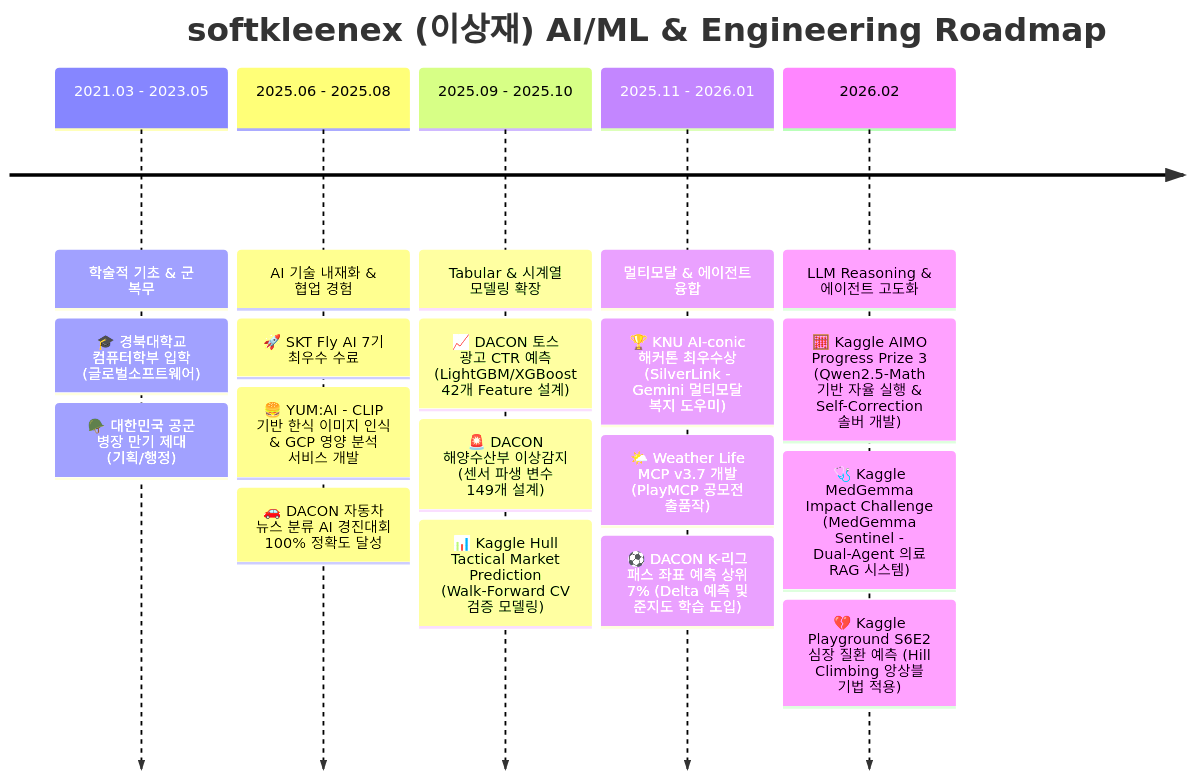
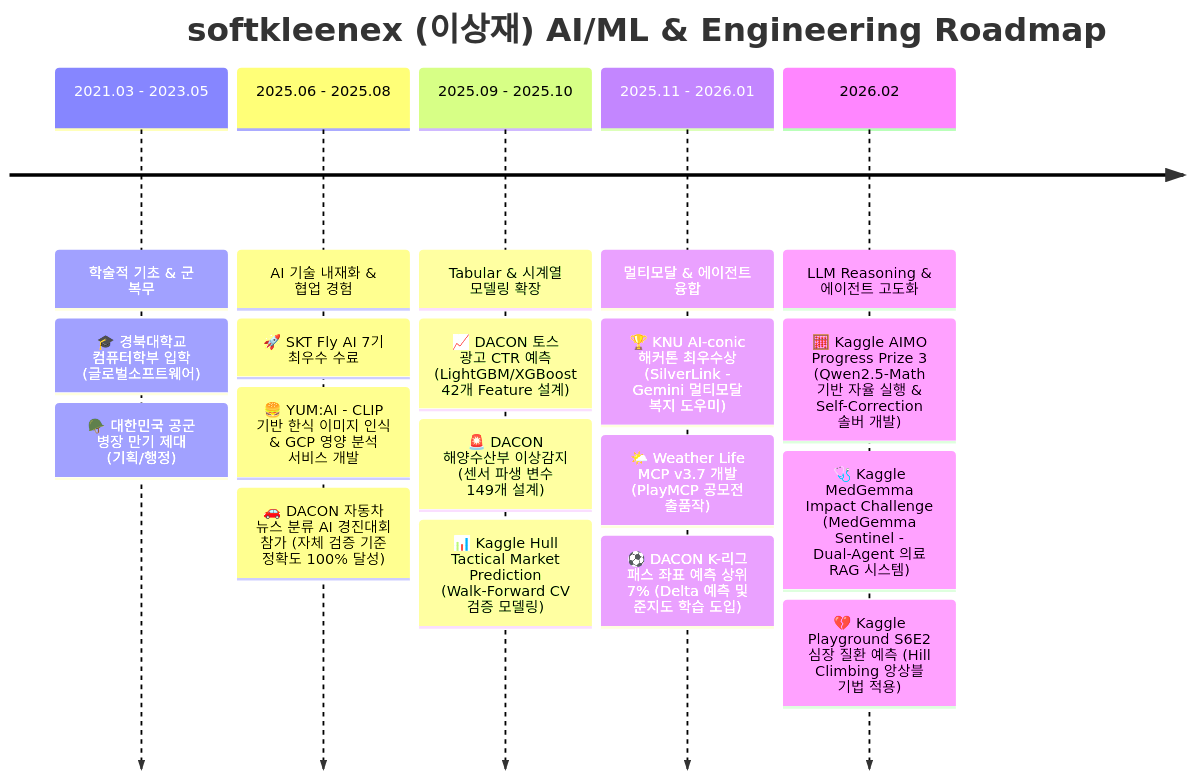
One commit to softkleenex/softkleenex changed the diagram in README.md. Above: the diagram before and after it, drawn with Mermaid. The commit also changed other lines of this file, not shown here.

Commit message:
docs: correct DACON auto news classification description to reflect local validation accuracy

````diff
--- a/README.md
+++ b/README.md
@@ -27,23 +27,23 @@
 ```mermaid
 timeline
     title softkleenex (이상재) AI/ML & Engineering Roadmap
     2021.03 - 2023.05 : 학술적 기초 & 군 복무
                       : 🎓 경북대학교 컴퓨터학부 입학 (글로벌소프트웨어)
                       : 🪖 대한민국 공군 병장 만기 제대 (기획/행정)
     2025.06 - 2025.08 : AI 기술 내재화 & 협업 경험
                       : 🚀 SKT Fly AI 7기 최우수 수료
                       : 🍔 YUM:AI - CLIP 기반 한식 이미지 인식 & GCP 영양 분석 서비스 개발
-                      : 🚗 DACON 자동차 뉴스 분류 AI 경진대회 100% 정확도 달성
+                      : 🚗 DACON 자동차 뉴스 분류 AI 경진대회 참가 (자체 검증 기준 정확도 100% 달성)
     2025.09 - 2025.10 : Tabular & 시계열 모델링 확장
                       : 📈 DACON 토스 광고 CTR 예측 (LightGBM/XGBoost 42개 Feature 설계)
                       : 🚨 DACON 해양수산부 이상감지 (센서 파생 변수 149개 설계)
                       : 📊 Kaggle Hull Tactical Market Prediction (Walk-Forward CV 검증 모델링)
     2025.11 - 2026.01 : 멀티모달 & 에이전트 융합
                       : 🏆 KNU AI-conic 해커톤 최우수상 (SilverLink - Gemini 멀티모달 복지 도우미)
                       : 🌤️ Weather Life MCP v3.7 개발 (PlayMCP 공모전 출품작)
                       : ⚽ DACON K-리그 패스 좌표 예측 상위 7% (Delta 예측 및 준지도 학습 도입)
     2026.02 : LLM Reasoning & 에이전트 고도화
             : 🧮 Kaggle AIMO Progress Prize 3 (Qwen2.5-Math 기반 자율 실행 & Self-Correction 솔버 개발)
             : 🩺 Kaggle MedGemma Impact Challenge (MedGemma Sentinel - Dual-Agent 의료 RAG 시스템)
             : 💔 Kaggle Playground S6E2 심장 질환 예측 (Hill Climbing 앙상블 기법 적용)
 ```
````
